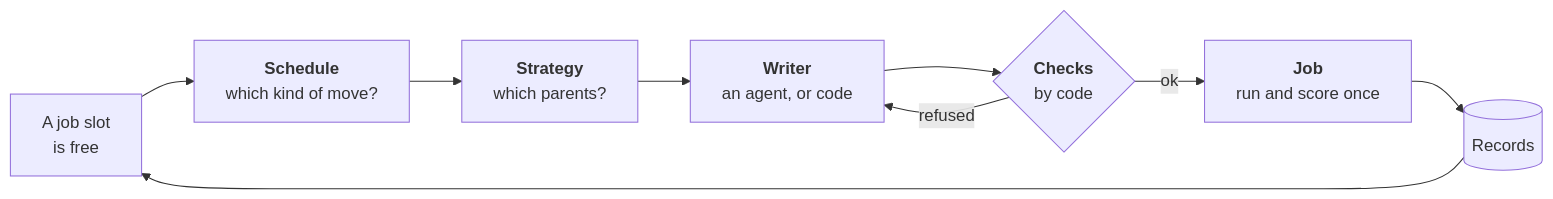
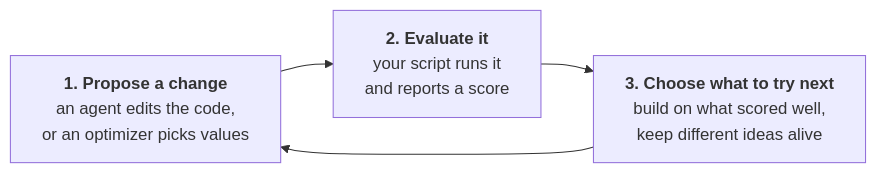
The diagram in README.md (cameo-db/evoloop), drawn with Mermaid before and after one commit. The commit also changed other lines of this file and 52 other files, not shown here.

````diff
--- a/README.md
+++ b/README.md
@@ -111,11 +18,6 @@
 ```mermaid
 flowchart LR
-    Slot["A job slot<br>is free"] --> Schedule["<b>Schedule</b><br>which kind of move?"]
-    Schedule --> Strategy["<b>Strategy</b><br>which parents?"]
-    Strategy --> Writer["<b>Writer</b><br>an agent, or code"]
-    Writer --> Checks{"<b>Checks</b><br>by code"}
-    Checks -- ok --> Job["<b>Job</b><br>run and score once"]
-    Checks -- refused --> Writer
-    Job --> Records[("Records")]
-    Records --> Slot
+    P["<b>1. Propose a change</b><br>an agent edits the code,<br>or an optimizer picks values"] --> E["<b>2. Evaluate it</b><br>your script runs it<br>and reports a score"]
+    E --> C["<b>3. Choose what to try next</b><br>build on what scored well,<br>keep different ideas alive"]
+    C --> P
 ```
````
